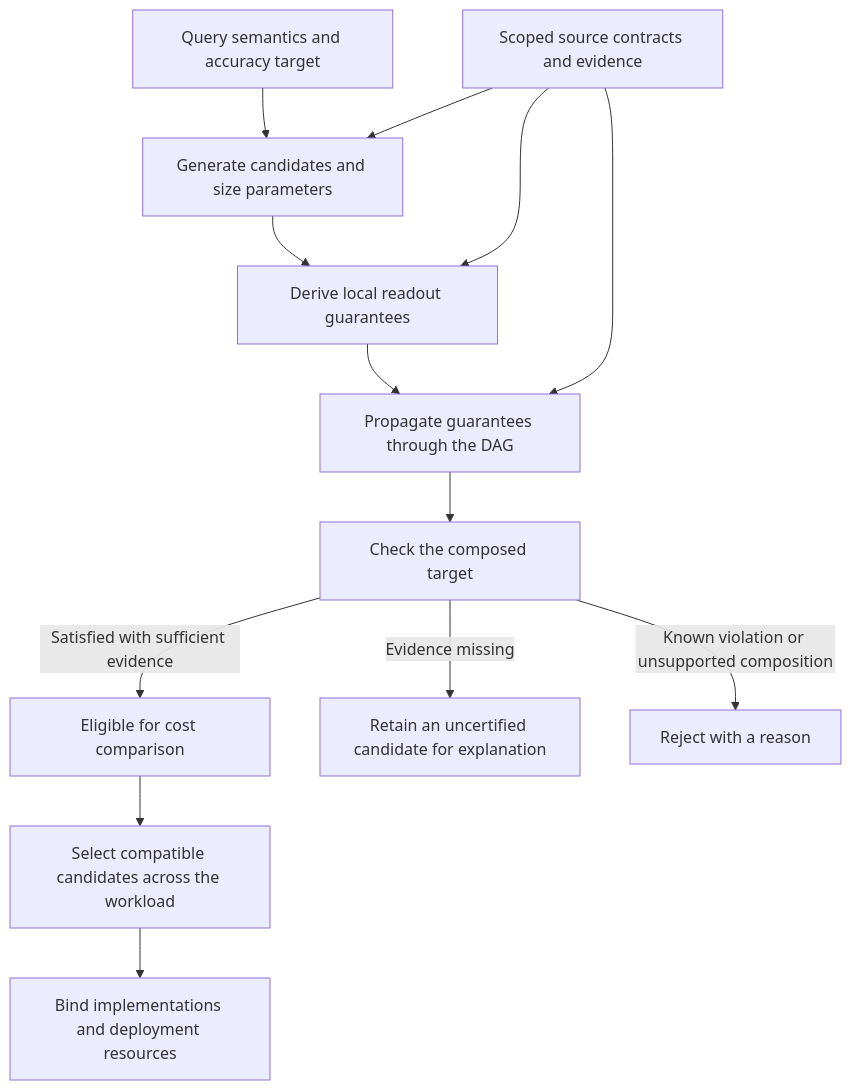
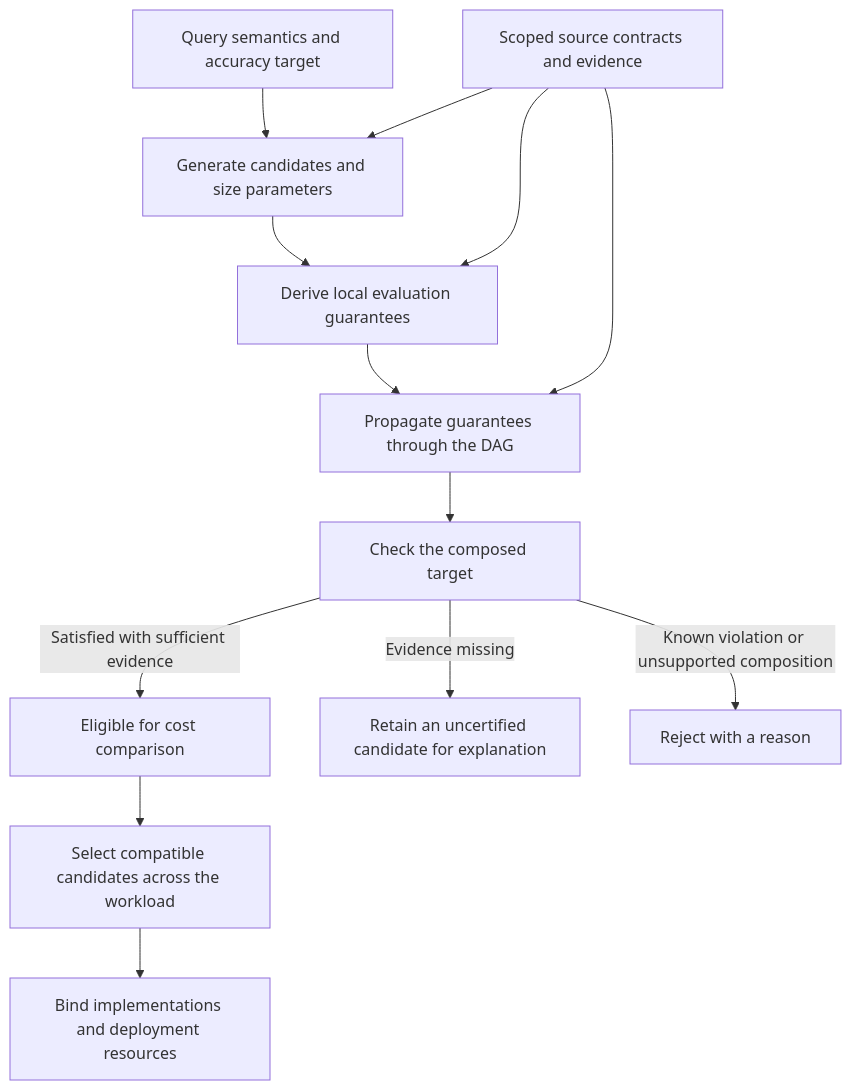
The first of 2 diagrams in docs/design_docs/concepts/accuracy-models.md (ProjectASAP/ASAPPlanner), drawn with Mermaid before and after one commit. The commit also changed other lines of this file and 148 other files, not shown here.

````diff
--- a/docs/design_docs/concepts/accuracy-models.md
+++ b/docs/design_docs/concepts/accuracy-models.md
@@ -68,15 +68,15 @@
 ```mermaid
 flowchart TD
     Request[Query semantics and accuracy target] --> Generate[Generate candidates and size parameters]
     Evidence[Scoped source contracts and evidence] --> Generate
-    Generate --> Local[Derive local readout guarantees]
+    Generate --> Local[Derive local evaluation guarantees]
     Evidence --> Local
     Local --> Compose[Propagate guarantees through the DAG]
     Evidence --> Compose
     Compose --> Check[Check the composed target]
     Check -->|Satisfied with sufficient evidence| Eligible[Eligible for cost comparison]
     Check -->|Evidence missing| Pending[Retain an uncertified candidate for explanation]
     Check -->|Known violation or unsupported composition| Reject[Reject with a reason]
     Eligible --> Select[Select compatible candidates across the workload]
     Select --> Bind[Bind implementations and deployment resources]
 ```
````
